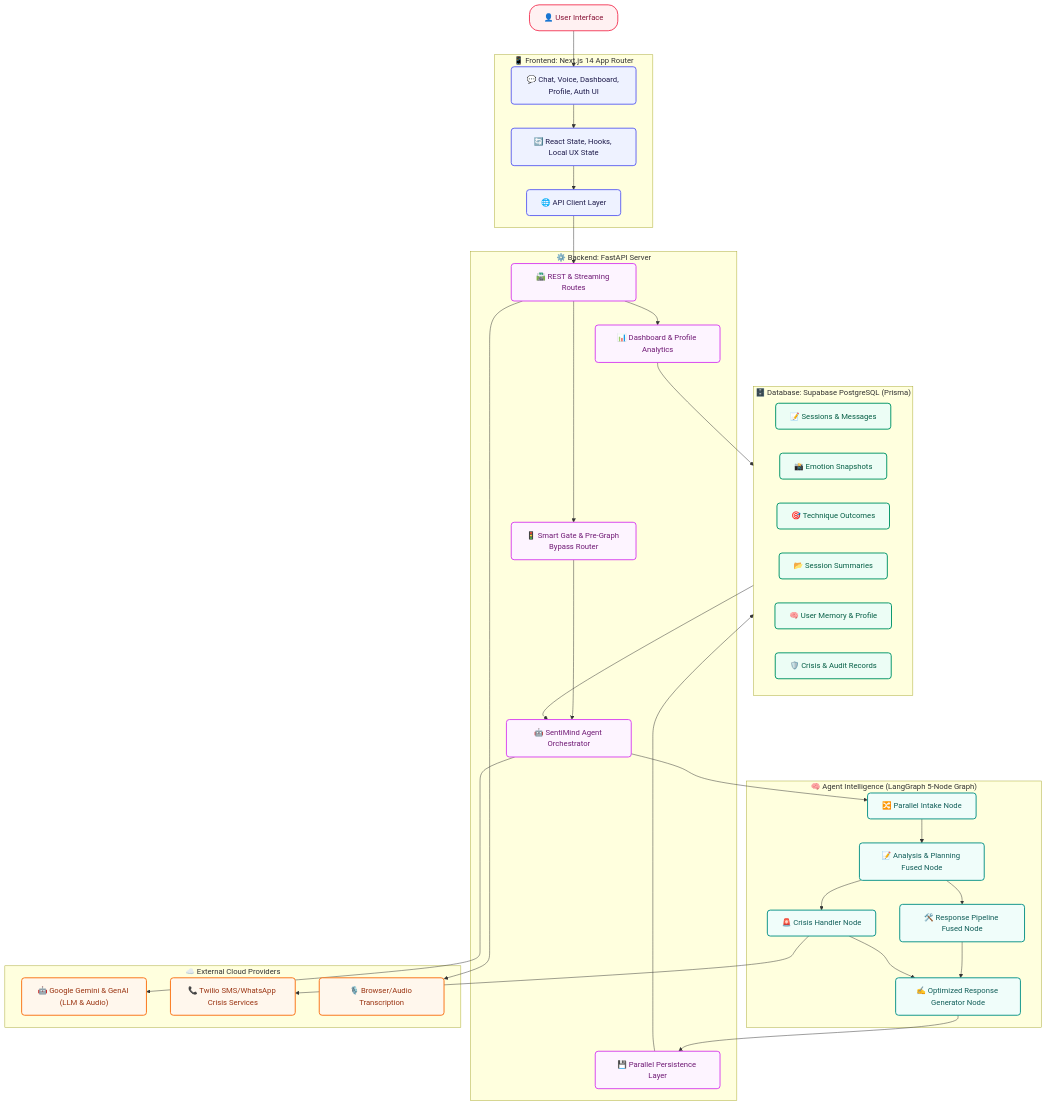
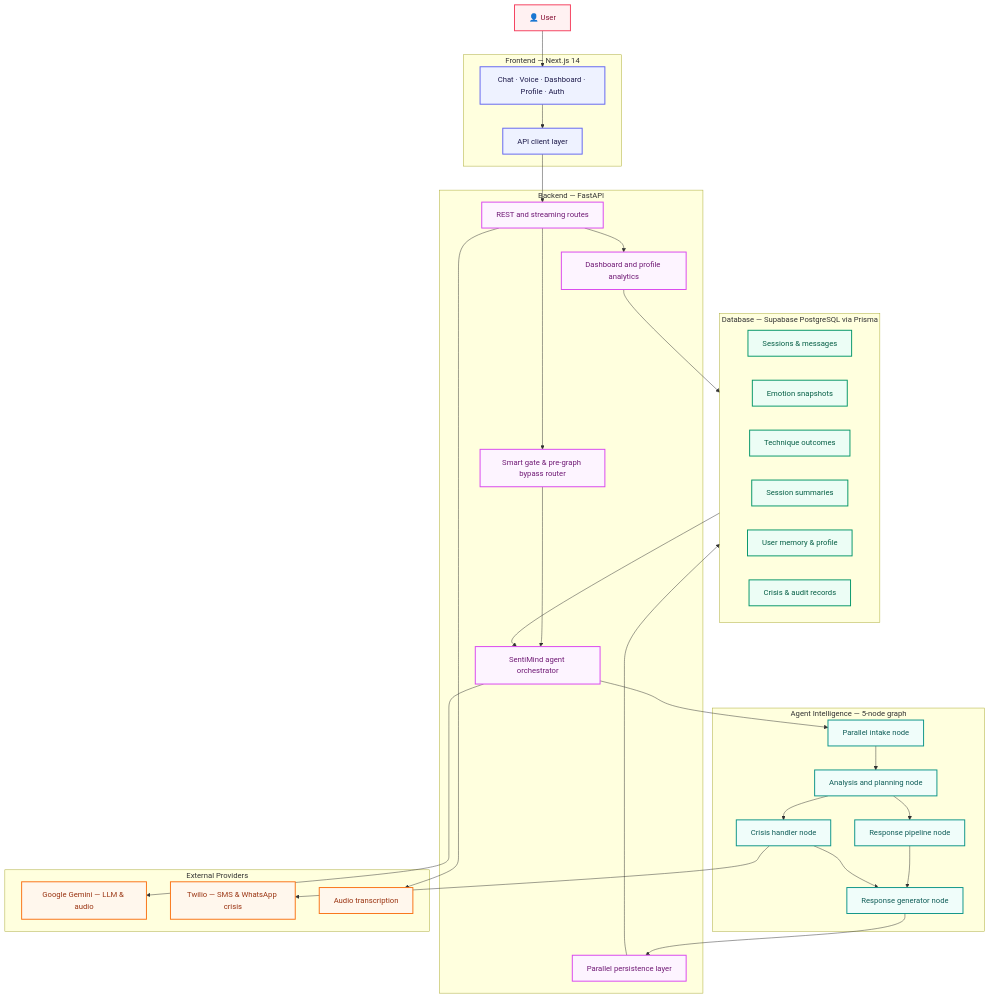
One commit to taha-mehmood-03/Personlaized-Trainer-Using-Agentic-AI changed the first of 18 diagrams in README.md. Above: the diagram before and after it, drawn with Mermaid. The commit also changed other lines of this file and 36 other files, not shown here.

````diff
--- a/README.md
+++ b/README.md
@@ -72,70 +276,61 @@
 ```mermaid
 flowchart TB
-    %% Class Definitions
-    classDef client fill:#EEF2FF,stroke:#6366F1,stroke-width:2px,color:#1E1B4B,rx:6px,ry:6px;
-    classDef backend fill:#FDF4FF,stroke:#D946EF,stroke-width:2px,color:#701A75,rx:6px,ry:6px;
-    classDef agent fill:#F0FDFA,stroke:#0D9488,stroke-width:2px,color:#115E59,rx:6px,ry:6px;
-    classDef data fill:#ECFDF5,stroke:#059669,stroke-width:2px,color:#065F46,rx:6px,ry:6px;
-    classDef providers fill:#FFF7ED,stroke:#F97316,stroke-width:2px,color:#9A3412,rx:6px,ry:6px;
-    classDef user fill:#FFF1F2,stroke:#F43F5E,stroke-width:2px,color:#881337,rx:20px,ry:20px;
+    classDef client fill:#EEF2FF,stroke:#6366F1,stroke-width:2px,color:#1E1B4B
+    classDef backend fill:#FDF4FF,stroke:#D946EF,stroke-width:2px,color:#701A75
+    classDef agent fill:#F0FDFA,stroke:#0D9488,stroke-width:2px,color:#115E59
+    classDef data fill:#ECFDF5,stroke:#059669,stroke-width:2px,color:#065F46
+    classDef providers fill:#FFF7ED,stroke:#F97316,stroke-width:2px,color:#9A3412
+    classDef user fill:#FFF1F2,stroke:#F43F5E,stroke-width:2px,color:#881337
 
-    User["👤 User Interface"]:::user
+    User["👤 User"]:::user
 
-    subgraph Client["📱 Frontend: Next.js 14 App Router"]
-        UI["💬 Chat, Voice, Dashboard, Profile, Auth UI"]:::client
-        ClientState["🔄 React State, Hooks, Local UX State"]:::client
-        ApiClient["🌐 API Client Layer"]:::client
+    subgraph Client["Frontend — Next.js 14"]
+        UI["Chat · Voice · Dashboard · Profile · Auth"]:::client
+        ApiClient["API client layer"]:::client
     end
 
-    subgraph Backend["⚙️ Backend: FastAPI Server"]
-        Routes["🛣️ REST & Streaming Routes"]:::backend
-        SmartGate["🚦 Smart Gate & Pre-Graph Bypass Router"]:::backend
-        Agent["🤖 SentiMind Agent Orchestrator"]:::backend
-        Persist["💾 Parallel Persistence Layer"]:::backend
-        Analytics["📊 Dashboard & Profile Analytics"]:::backend
+    subgraph Backend["Backend — FastAPI"]
+        Routes["REST and streaming routes"]:::backend
+        SmartGate["Smart gate & pre-graph bypass router"]:::backend
+        Agent["SentiMind agent orchestrator"]:::backend
+        Persist["Parallel persistence layer"]:::backend
+        Analytics["Dashboard and profile analytics"]:::backend
     end
 
-    subgraph AgentCore["🧠 Agent Intelligence (LangGraph 5-Node Graph)"]
-        Intake["🔀 Parallel Intake Node"]:::agent
-        Planning["📝 Analysis & Planning Fused Node"]:::agent
-        Pipeline["🛠️ Response Pipeline Fused Node"]:::agent
-        Crisis["🚨 Crisis Handler Node"]:::agent
-        Response["✍️ Optimized Response Generator Node"]:::agent
+    subgraph AgentCore["Agent Intelligence — 5-node graph"]
+        Intake["Parallel intake node"]:::agent
+        Planning["Analysis and planning node"]:::agent
+        Pipeline["Response pipeline node"]:::agent
+        Crisis["Crisis handler node"]:::agent
+        Response["Response generator node"]:::agent
     end
 
-    subgraph Data["🗄️ Database: Supabase PostgreSQL (Prisma)"]
-        Sessions["📝 Sessions & Messages"]:::data
-        Snapshots["📸 Emotion Snapshots"]:::data
-        Outcomes["🎯 Technique Outcomes"]:::data
-        Summaries["📂 Session Summaries"]:::data
-        Memory["🧠 User Memory & Profile"]:::data
-        Safety["🛡️ Crisis & Audit Records"]:::data
+    subgraph Data["Database — Supabase PostgreSQL via Prisma"]
+        Sessions["Sessions & messages"]:::data
+        Snapshots["Emotion snapshots"]:::data
+        Outcomes["Technique outcomes"]:::data
+        Summaries["Session summaries"]:::data
+        Memory["User memory & profile"]:::data
+        Safety["Crisis & audit records"]:::data
     end
 
-    subgraph Providers["☁️ External Cloud Providers"]
-        Gemini["🤖 Google Gemini & GenAI (LLM & Audio)"]:::providers
-        Twilio["📞 Twilio SMS/WhatsApp Crisis Services"]:::providers
-        Speech["🎙️ Browser/Audio Transcription"]:::providers
+    subgraph Providers["External Providers"]
+        Gemini["Google Gemini — LLM & audio"]:::providers
+        Twilio["Twilio — SMS & WhatsApp crisis"]:::providers
+        Speech["Audio transcription"]:::providers
     end
 
-    User --> UI
-    UI --> ClientState
-    ClientState --> ApiClient
-    ApiClient --> Routes
-    Routes --> SmartGate
-    SmartGate --> Agent
-    Agent --> Intake
-    Intake --> Planning
+    User --> UI --> ApiClient --> Routes
+    Routes --> SmartGate --> Agent
+    Agent --> Intake --> Planning
     Planning --> Pipeline
     Planning --> Crisis
     Pipeline --> Response
     Crisis --> Response
-    Response --> Persist
-    Persist --> Data
-    Analytics --> Data
-    Routes --> Analytics
+    Response --> Persist --> Data
+    Data --> Agent
+    Routes --> Analytics --> Data
     Agent --> Gemini
     Routes --> Speech
     Crisis --> Twilio
-    Data --> Agent
 ```
````
